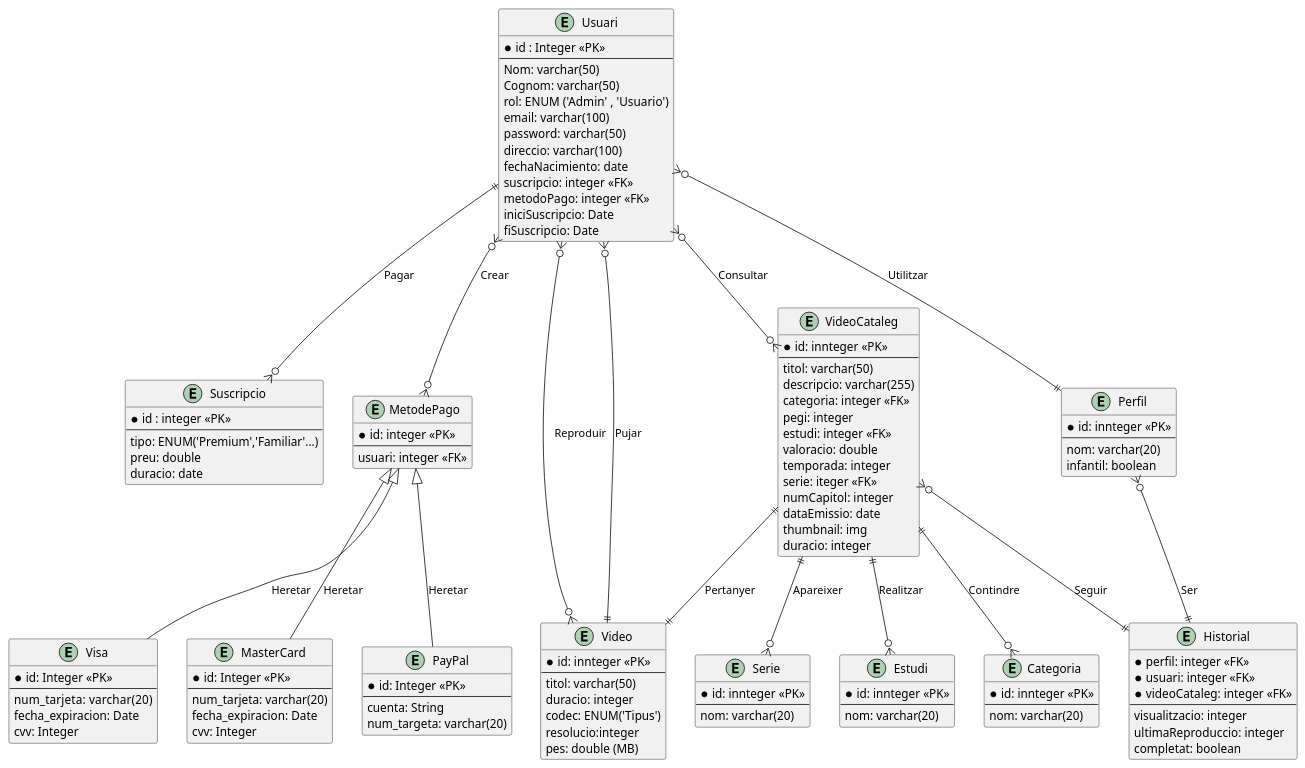
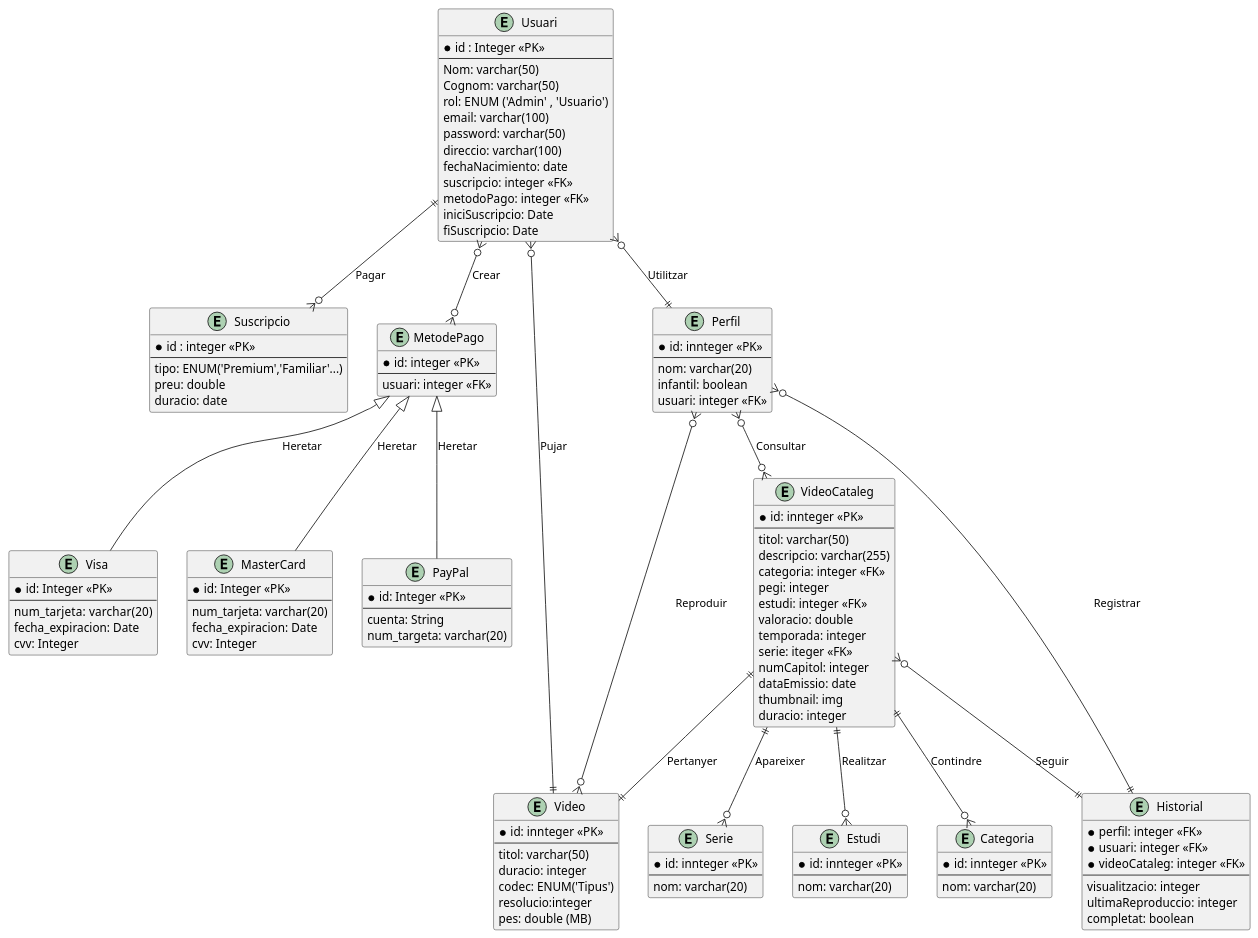
Before and after one commit to Toxolo/ProyecteIntermodular: the diagram in doc/ER/DiagramaModeloDatos.md, drawn with PlantUML. The commit also changed 1 other file, not shown here.

Commit message:
ultims canvis

```diff
--- a/doc/ER/DiagramaModeloDatos.md
+++ b/doc/ER/DiagramaModeloDatos.md
@@ -71,6 +71,7 @@
     ---
     nom: varchar(20)
     infantil: boolean
+    usuari: integer <<FK>>
 }
 
 entity VideoCataleg {
@@ -125,14 +126,15 @@
 VideoCataleg ||--o{ Estudi : Realitzar
 VideoCataleg }o--|| Historial: Seguir
 
-Usuari }o--o{ Video : Reproduir
+
 Usuari }o--|| Perfil : Utilitzar
 Usuari ||--o{ Suscripcio : Pagar
 Usuari }o--o{ MetodePago : Crear
 Usuari }o--|| Video : Pujar
-Usuari }o--o{ VideoCataleg : Consultar
 
-Perfil }o--|| Historial: Ser
+Perfil }o--o{ VideoCataleg : Consultar
+Perfil }o--o{ Video : Reproduir
+Perfil }o--|| Historial : Registrar
 
 ' Herencia
 MetodePago <|-- Visa : Heretar
```
